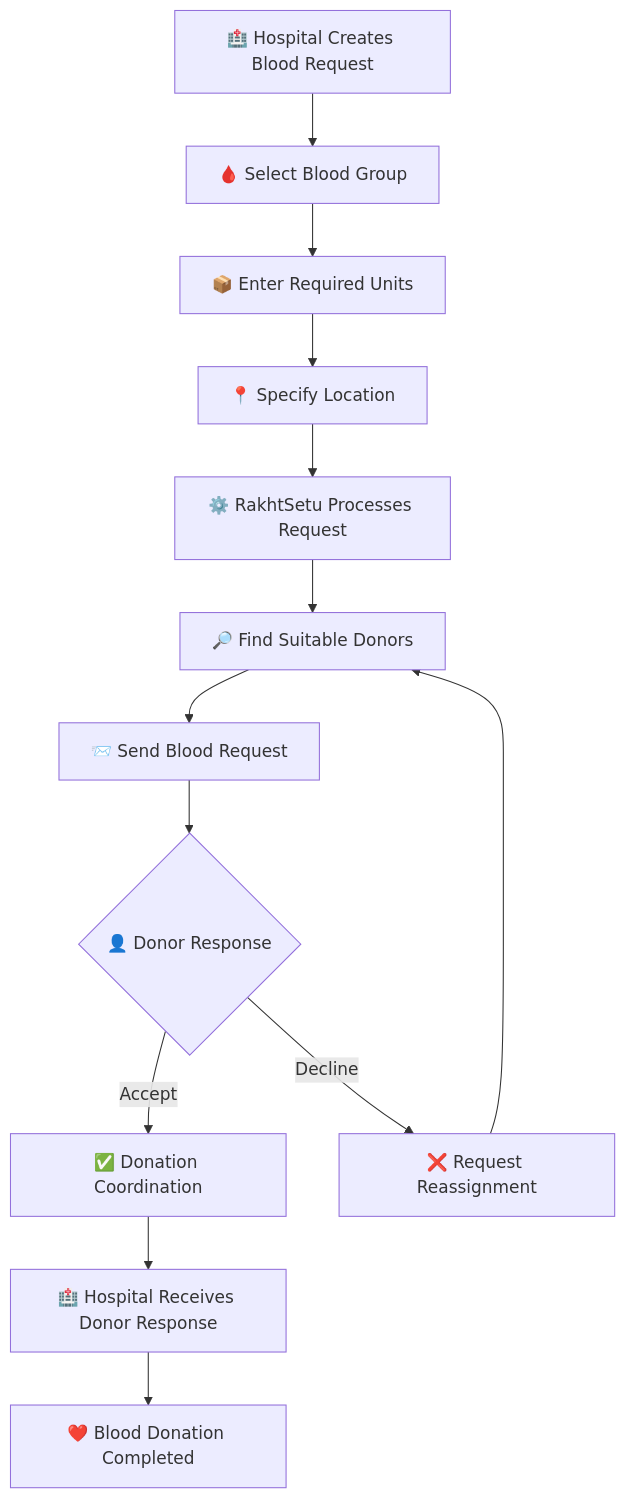
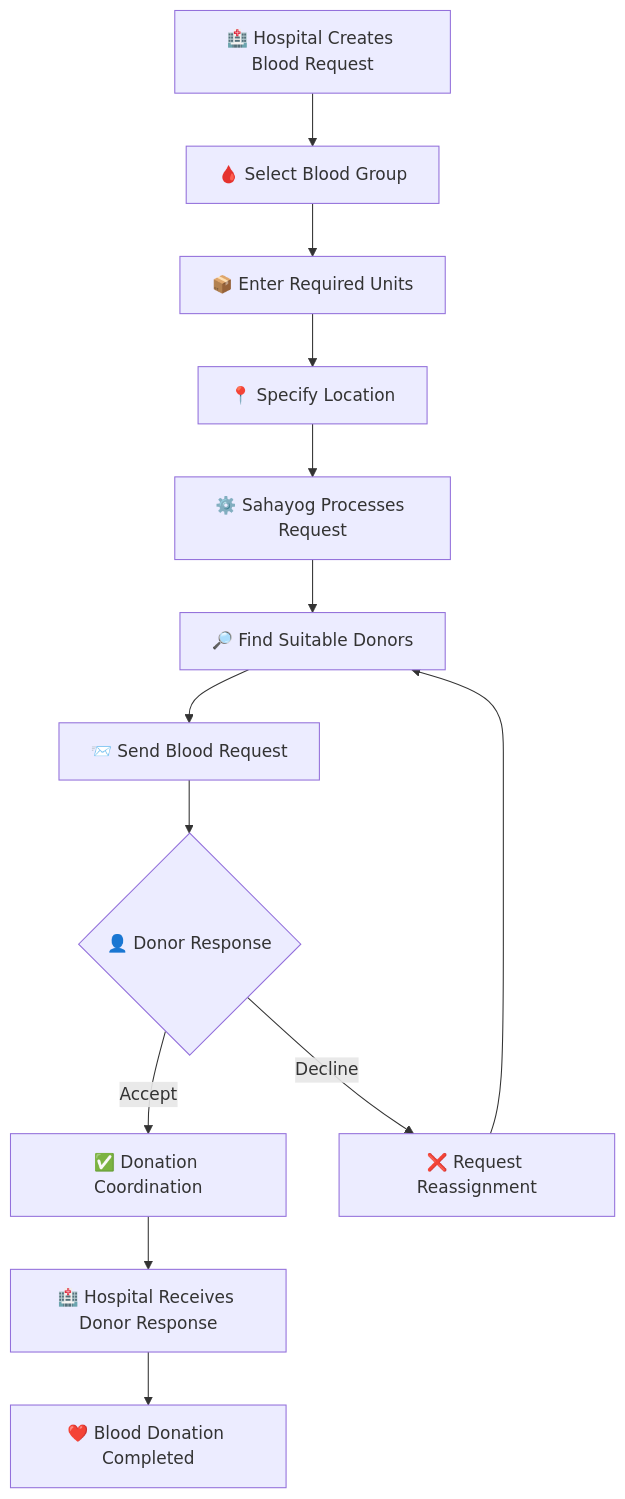
Before and after one commit to codedbydollys10/RakhtSetu: the third of 4 diagrams in README.md, drawn with Mermaid.

Commit message:
Update process name from RakhtSetu to Sahayog

````diff
--- a/README.md
+++ b/README.md
@@ -132,23 +132,23 @@
 ```mermaid
 flowchart TD
 
     A["🏥 Hospital Creates Blood Request"]
     A --> B["🩸 Select Blood Group"]
     B --> C["📦 Enter Required Units"]
     C --> D["📍 Specify Location"]
-    D --> E["⚙️ RakhtSetu Processes Request"]
+    D --> E["⚙️ Sahayog Processes Request"]
 
     E --> F["🔎 Find Suitable Donors"]
 
     F --> G["📨 Send Blood Request"]
 
     G --> H{"👤 Donor Response"}
 
     H -->|Accept| I["✅ Donation Coordination"]
     H -->|Decline| J["❌ Request Reassignment"]
 
     I --> K["🏥 Hospital Receives Donor Response"]
     J --> F
 
     K --> L["❤️ Blood Donation Completed"]
 ```
````
